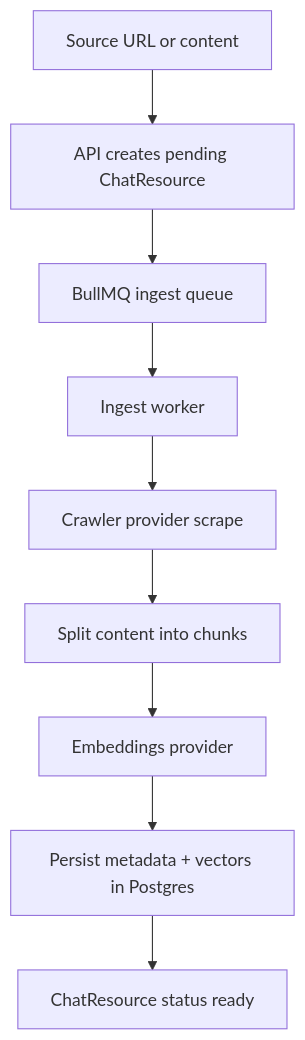
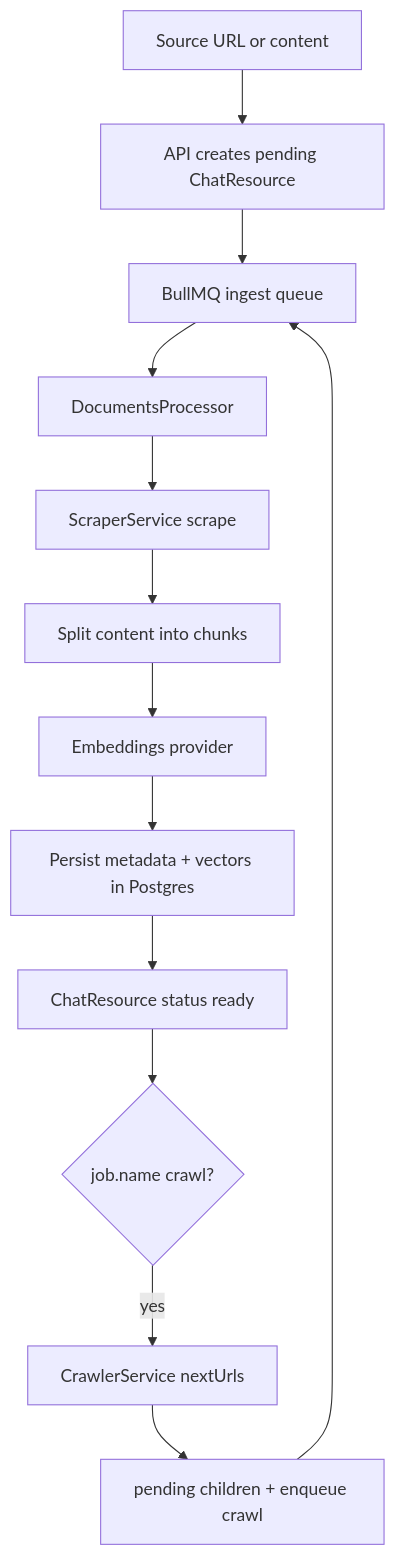
The third of 3 diagrams in docs/architecture.md (matzapata/explainit), drawn with Mermaid before and after one commit. The commit also changed other lines of this file and 48 other files, not shown here.

First line of the commit message:
feat(ingest)!: queue site crawls instead of inspecting URLs first

````diff
--- a/docs/architecture.md
+++ b/docs/architecture.md
@@ -104,11 +105,15 @@
 ```mermaid
 flowchart TD
   Source[Source URL or content] --> API[API creates pending ChatResource]
   API --> Queue[BullMQ ingest queue]
-  Queue --> Worker[Ingest worker]
-  Worker --> Crawl[Crawler provider scrape]
-  Crawl --> Chunk[Split content into chunks]
+  Queue --> Worker[DocumentsProcessor]
+  Worker --> Scrape[ScraperService scrape]
+  Scrape --> Chunk[Split content into chunks]
   Chunk --> Embed[Embeddings provider]
   Embed --> Store[Persist metadata + vectors in Postgres]
   Store --> Ready[ChatResource status ready]
+  Ready --> CrawlJob{job.name crawl?}
+  CrawlJob -->|yes| NextUrls[CrawlerService nextUrls]
+  NextUrls --> Kids[pending children + enqueue crawl]
+  Kids --> Queue
 ```
````
